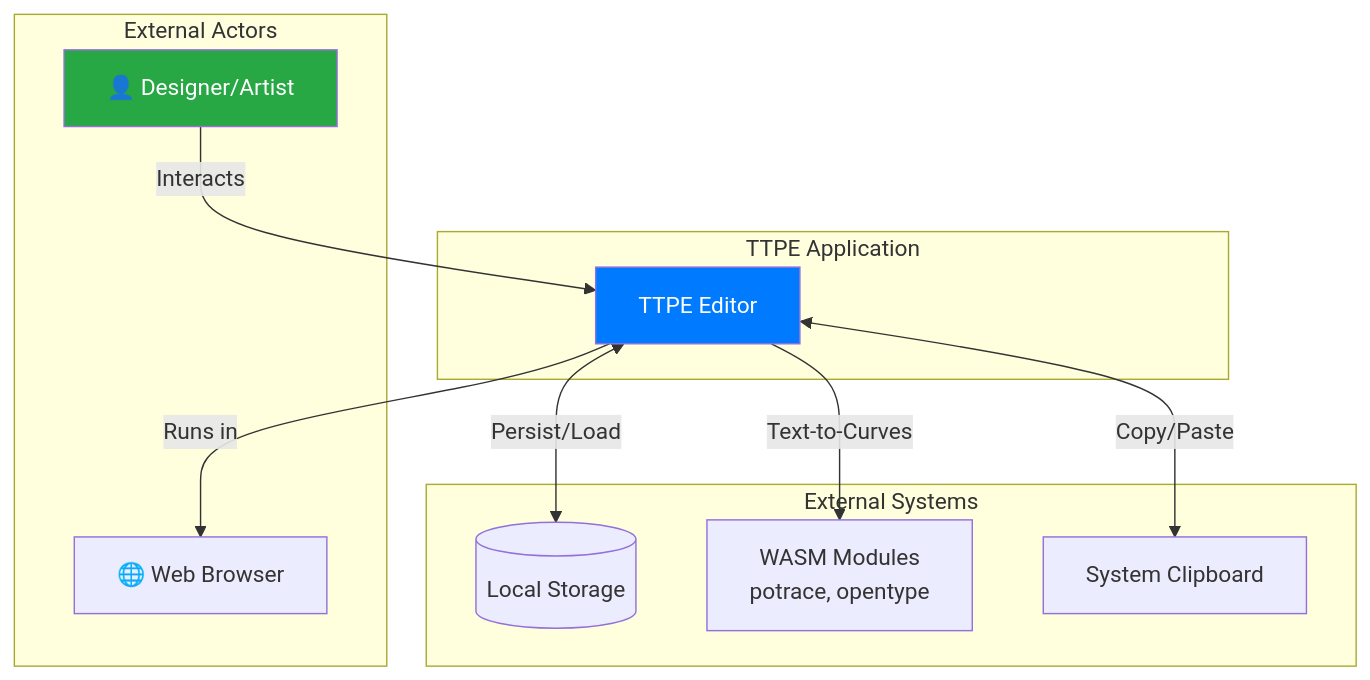
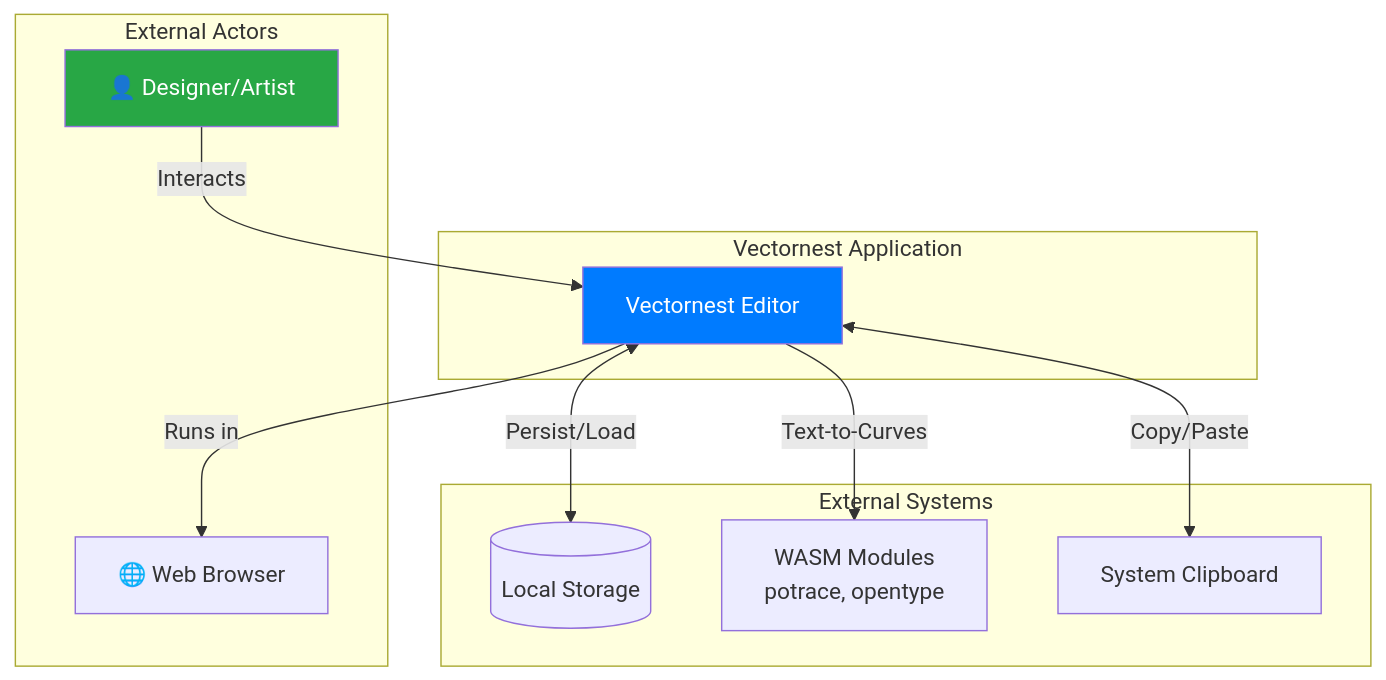
One commit to ekrsulov/ttpe changed the first of 15 diagrams in doc/docs/architecture/diagrams.md. Above: the diagram before and after it, drawn with Mermaid. The commit also changed other lines of this file and 34 other files, not shown here.

First line of the commit message:
refactor: rename TTPE to Vectornest throughout the documentation and codebase

````diff
--- a/doc/docs/architecture/diagrams.md
+++ b/doc/docs/architecture/diagrams.md
@@ -13,26 +13,26 @@
 ```mermaid
 graph TB
     subgraph "External Actors"
         User[👤 Designer/Artist]
         Browser[🌐 Web Browser]
     end
     
-    subgraph "TTPE Application"
-        App[TTPE Editor]
+    subgraph "Vectornest Application"
+        App[Vectornest Editor]
     end
     
     subgraph "External Systems"
         LocalStorage[(Local Storage)]
         WASM[WASM Modules<br/>potrace, opentype]
         Clipboard[System Clipboard]
     end
     
     User -->|Interacts| App
     App -->|Runs in| Browser
     App <-->|Persist/Load| LocalStorage
     App -->|Text-to-Curves| WASM
     App <-->|Copy/Paste| Clipboard
     
     style App fill:#007bff,color:#fff
     style User fill:#28a745,color:#fff
 ```
````
